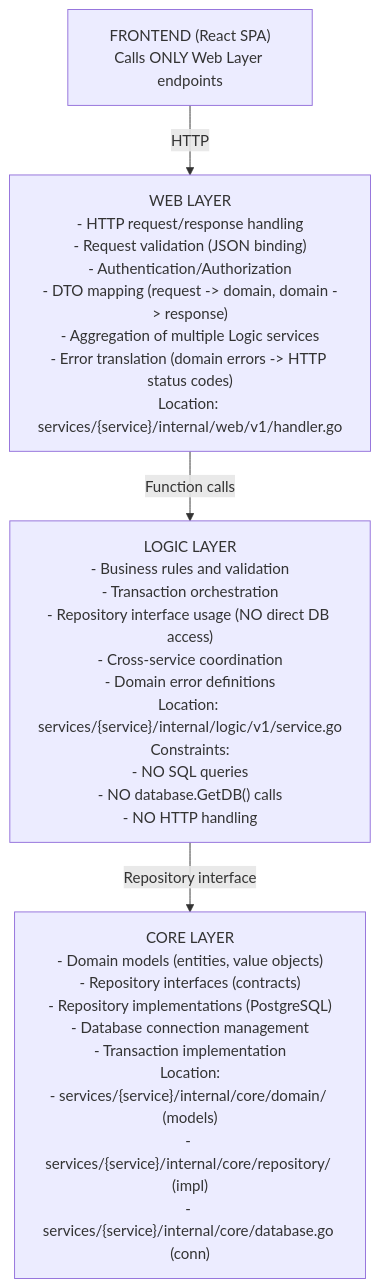
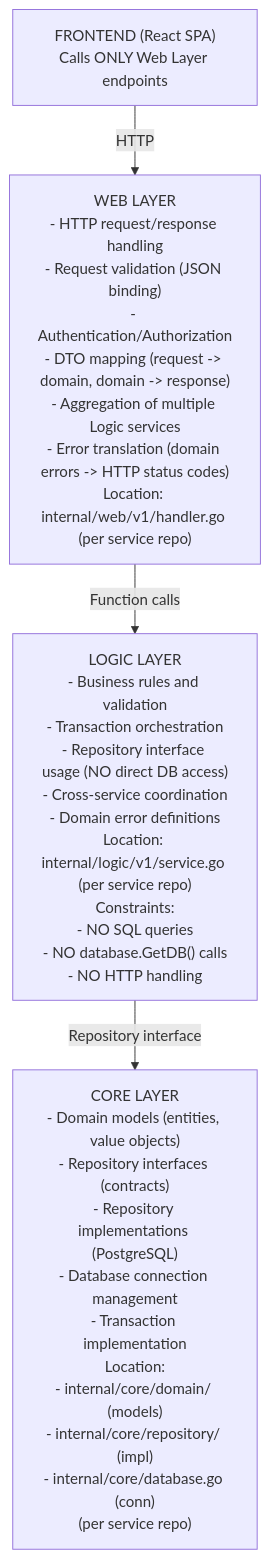
One commit to duynhlab/homelab changed the first of 2 diagrams in docs/api/api.md. Above: the diagram before and after it, drawn with Mermaid. The commit also changed other lines of this file and 22 other files, not shown here.

````diff
--- a/docs/api/api.md
+++ b/docs/api/api.md
@@ -69,11 +69,11 @@
 ```mermaid
 flowchart TD
     Frontend["FRONTEND (React SPA)\nCalls ONLY Web Layer endpoints"]
-    WebLayer["WEB LAYER\n- HTTP request/response handling\n- Request validation (JSON binding)\n- Authentication/Authorization\n- DTO mapping (request -> domain, domain -> response)\n- Aggregation of multiple Logic services\n- Error translation (domain errors -> HTTP status codes)\nLocation: services/{service}/internal/web/v1/handler.go"]
-    LogicLayer["LOGIC LAYER\n- Business rules and validation\n- Transaction orchestration\n- Repository interface usage (NO direct DB access)\n- Cross-service coordination\n- Domain error definitions\nLocation: services/{service}/internal/logic/v1/service.go\nConstraints:\n- NO SQL queries\n- NO database.GetDB() calls\n- NO HTTP handling"]
-    CoreLayer["CORE LAYER\n- Domain models (entities, value objects)\n- Repository interfaces (contracts)\n- Repository implementations (PostgreSQL)\n- Database connection management\n- Transaction implementation\nLocation:\n- services/{service}/internal/core/domain/ (models)\n- services/{service}/internal/core/repository/ (impl)\n- services/{service}/internal/core/database.go (conn)"]
+    WebLayer["WEB LAYER\n- HTTP request/response handling\n- Request validation (JSON binding)\n- Authentication/Authorization\n- DTO mapping (request -> domain, domain -> response)\n- Aggregation of multiple Logic services\n- Error translation (domain errors -> HTTP status codes)\nLocation: internal/web/v1/handler.go (per service repo)"]
+    LogicLayer["LOGIC LAYER\n- Business rules and validation\n- Transaction orchestration\n- Repository interface usage (NO direct DB access)\n- Cross-service coordination\n- Domain error definitions\nLocation: internal/logic/v1/service.go (per service repo)\nConstraints:\n- NO SQL queries\n- NO database.GetDB() calls\n- NO HTTP handling"]
+    CoreLayer["CORE LAYER\n- Domain models (entities, value objects)\n- Repository interfaces (contracts)\n- Repository implementations (PostgreSQL)\n- Database connection management\n- Transaction implementation\nLocation:\n- internal/core/domain/ (models)\n- internal/core/repository/ (impl)\n- internal/core/database.go (conn)\n(per service repo)"]
 
     Frontend -->|"HTTP"| WebLayer
     WebLayer -->|"Function calls"| LogicLayer
     LogicLayer -->|"Repository interface"| CoreLayer
 ```
````
